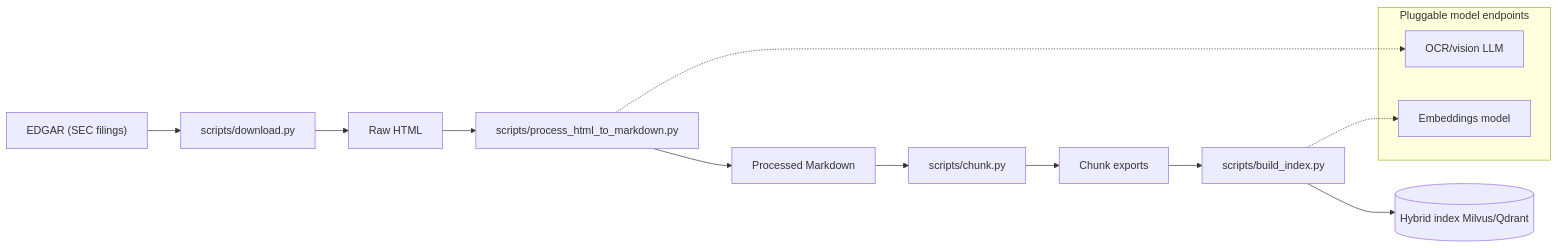
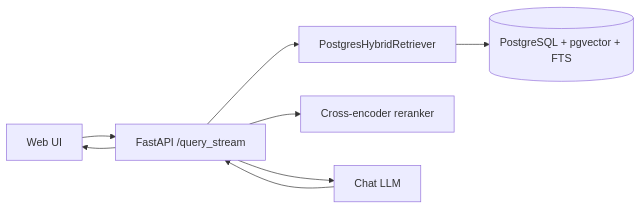
Before and after one commit to linminhtoo/andromeda: the first of 3 diagrams in README.md, drawn with Mermaid. The commit also changed other lines of this file and 39 other files, not shown here.

````diff
--- a/README.md
+++ b/README.md
@@ -28,15 +20,10 @@
 ```mermaid
 flowchart LR
-  EDGAR["EDGAR (SEC filings)"] --> DL[scripts/download.py] --> HTML[Raw HTML]
-  HTML --> H2M["scripts/process_html_to_markdown.py"] --> MD[Processed Markdown]
-  MD --> CH[scripts/chunk.py] --> CHOUT[Chunk exports]
-  CHOUT --> IDX["scripts/build_index.py"] --> DB[(Hybrid index Milvus/Qdrant)]
-
-  subgraph Models["Pluggable model endpoints"]
-    OCR["OCR/vision LLM"]
-    EMB["Embeddings model"]
-  end
-
-  H2M -.-> OCR
-  IDX -.-> EMB
+  UI[Web UI] --> API[FastAPI /query_stream]
+  API --> RET[PostgresHybridRetriever]
+  RET --> PG[(PostgreSQL + pgvector + FTS)]
+  API --> RER[Cross-encoder reranker]
+  API --> LLM[Chat LLM]
+  LLM --> API
+  API --> UI
 ```
````
